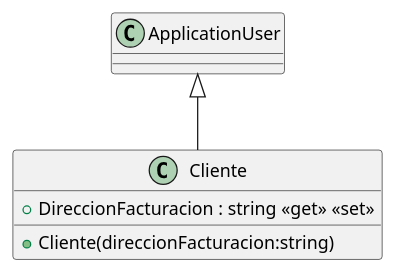
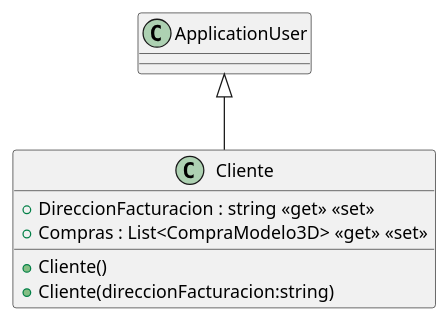
One commit to commit-de-las-4am/ISII2627commitdelas4am changed the diagram in src/AppForSEII.API/ClassDiagram/Cliente.puml. Above: the diagram before and after it, drawn with PlantUML. The commit also changed 13 other files, not shown here.

First line of the commit message:
Añadidos los diagrmas UML (#48)

```diff
--- a/src/AppForSEII.API/ClassDiagram/Cliente.puml
+++ b/src/AppForSEII.API/ClassDiagram/Cliente.puml
@@ -1,7 +1,9 @@
 @startuml
 class Cliente {
+    + Cliente()
     + Cliente(direccionFacturacion:string)
     + DireccionFacturacion : string <<get>> <<set>>
+    + Compras : List<CompraModelo3D> <<get>> <<set>>
 }
 ApplicationUser <|-- Cliente
 @enduml
```
